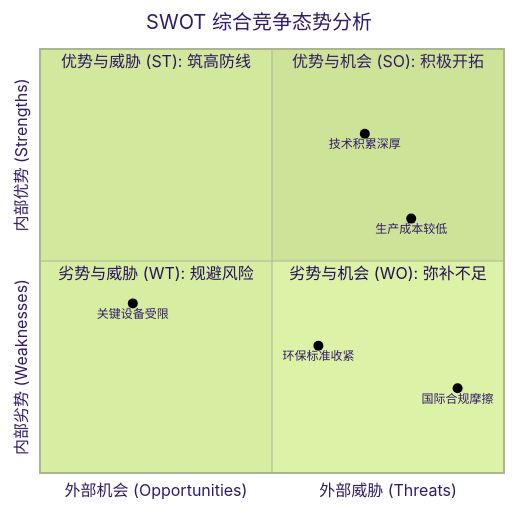
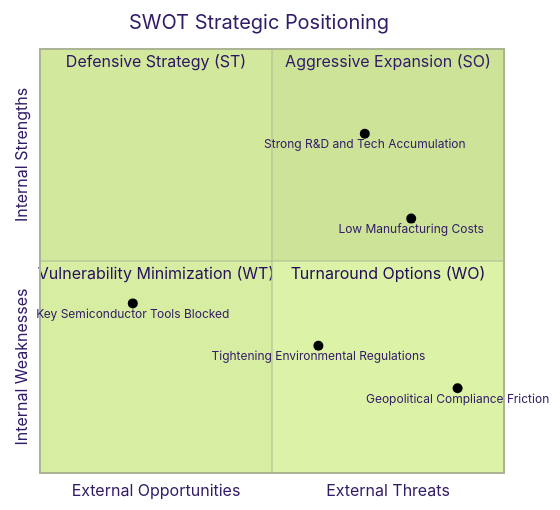
One commit to jinnnyang/more-skills changed the second of 3 diagrams in skills/deep-research/references/visualization_mermaid_guide.md. Above: the diagram before and after it, drawn with Mermaid (forest theme). The commit also changed other lines of this file and 16 other files, not shown here.

````diff
--- a/skills/deep-research/references/visualization_mermaid_guide.md
+++ b/skills/deep-research/references/visualization_mermaid_guide.md
@@ -63,15 +100,15 @@
 ```mermaid
 quadrantChart
-    title SWOT 综合竞争态势分析
-    x-axis "外部机会 (Opportunities)" --> "外部威胁 (Threats)"
-    y-axis "内部劣势 (Weaknesses)" --> "内部优势 (Strengths)"
-    quadrant-1 "优势与机会 (SO): 积极开拓"
-    quadrant-2 "优势与威胁 (ST): 筑高防线"
-    quadrant-3 "劣势与威胁 (WT): 规避风险"
-    quadrant-4 "劣势与机会 (WO): 弥补不足"
-    "技术积累深厚" : [0.7, 0.8]
-    "生产成本较低" : [0.8, 0.6]
-    "环保标准收紧" : [0.6, 0.3]
-    "国际合规摩擦" : [0.9, 0.2]
-    "关键设备受限" : [0.2, 0.4]
+    title SWOT Strategic Positioning
+    x-axis "External Opportunities" --> "External Threats"
+    y-axis "Internal Weaknesses" --> "Internal Strengths"
+    quadrant-1 "Aggressive Expansion (SO)"
+    quadrant-2 "Defensive Strategy (ST)"
+    quadrant-3 "Vulnerability Minimization (WT)"
+    quadrant-4 "Turnaround Options (WO)"
+    "Strong R&D and Tech Accumulation" : [0.7, 0.8]
+    "Low Manufacturing Costs" : [0.8, 0.6]
+    "Tightening Environmental Regulations" : [0.6, 0.3]
+    "Geopolitical Compliance Friction" : [0.9, 0.2]
+    "Key Semiconductor Tools Blocked" : [0.2, 0.4]
 ```
````
